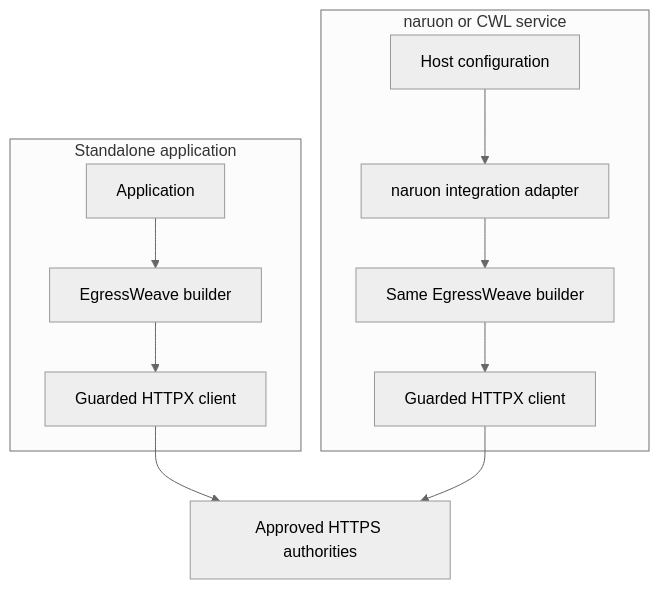
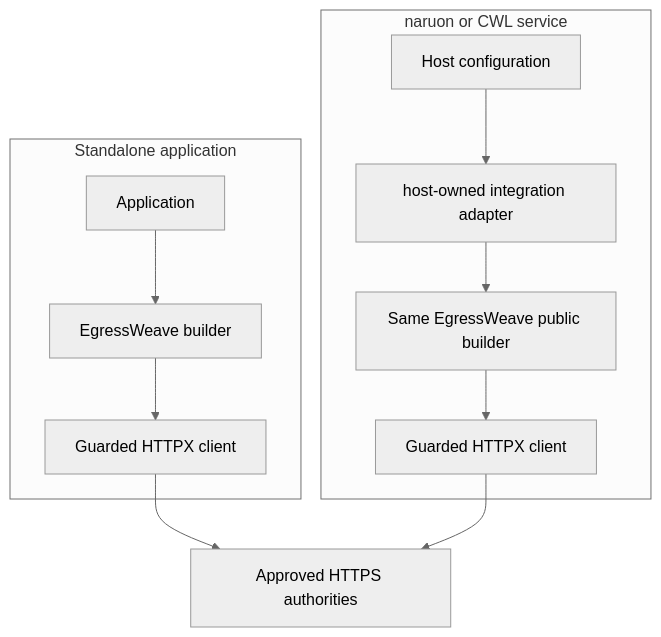
Before and after one commit to ContextualWisdomLab/EgressWeave: the third of 3 diagrams in docs/architecture/SYSTEM_ARCHITECTURE.md, drawn with Mermaid (neutral theme). The commit also changed other lines of this file, not shown here.

Commit message:
docs: mark naruon architecture adapter host-owned

````diff
--- a/docs/architecture/SYSTEM_ARCHITECTURE.md
+++ b/docs/architecture/SYSTEM_ARCHITECTURE.md
@@ -69,16 +69,16 @@
 ```mermaid
 flowchart TB
     subgraph standalone[Standalone application]
         app_one[Application] --> builder_one[EgressWeave builder]
         builder_one --> client_one[Guarded HTTPX client]
     end
 
     subgraph naruon_host[naruon or CWL service]
-        naruon_config[Host configuration] --> adapter[naruon integration adapter]
-        adapter --> builder_two[Same EgressWeave builder]
+        naruon_config[Host configuration] --> adapter[host-owned integration adapter]
+        adapter --> builder_two[Same EgressWeave public builder]
         builder_two --> client_two[Guarded HTTPX client]
     end
 
     client_one --> internet[Approved HTTPS authorities]
     client_two --> internet
 ```
````
